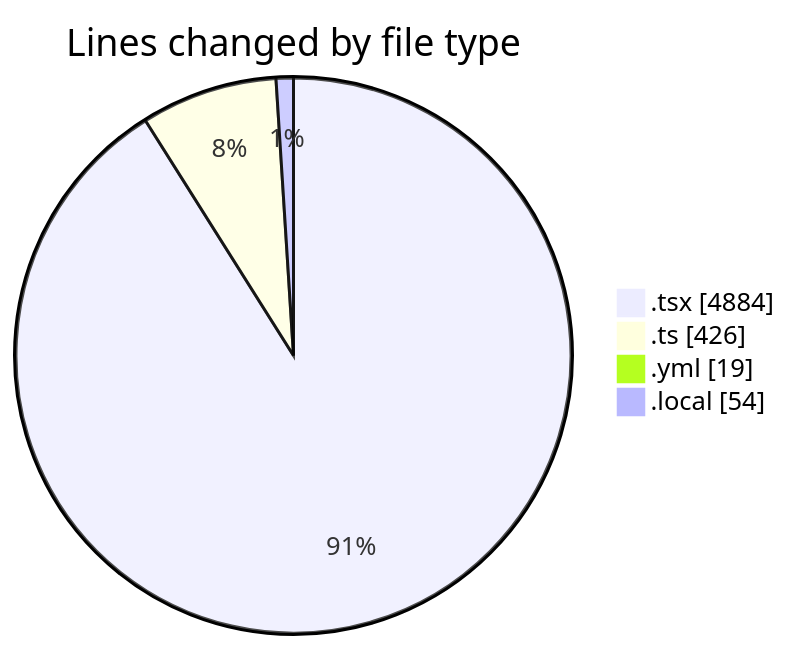
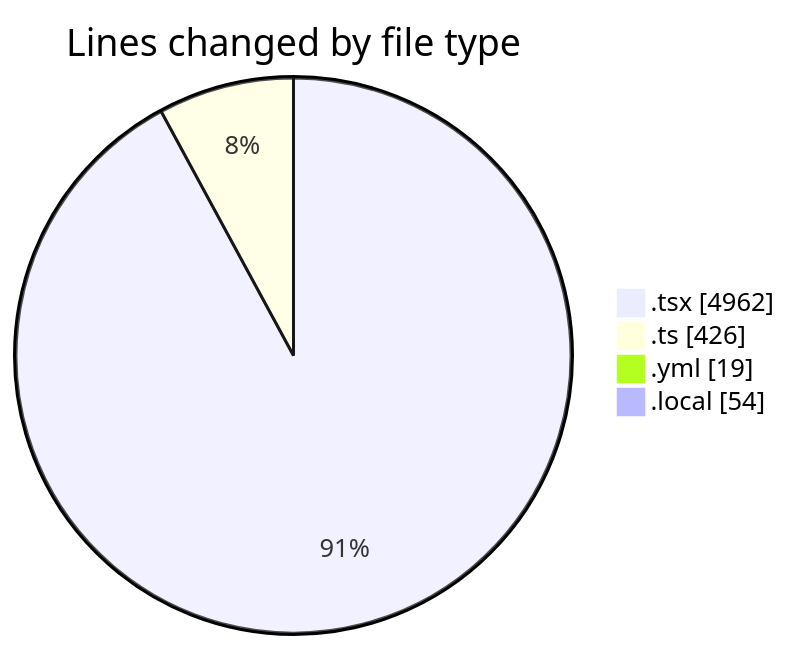
Before and after one commit to julien-gomy/code-tracking: the first of 2 diagrams in 2025-11-18/eventscop-frontend-guide__workspace_/README.md, drawn with Mermaid. The commit also changed other lines of this file and 1 other file, not shown here.

````diff
--- a/2025-11-18/eventscop-frontend-guide__workspace_/README.md
+++ b/2025-11-18/eventscop-frontend-guide__workspace_/README.md
@@ -63,8 +63,8 @@
 ```mermaid
 pie showData
 title Lines changed by file type
-".tsx" : 4884
+".tsx" : 4962
 ".ts" : 426
 ".yml" : 19
 ".local" : 54
 ```
````
